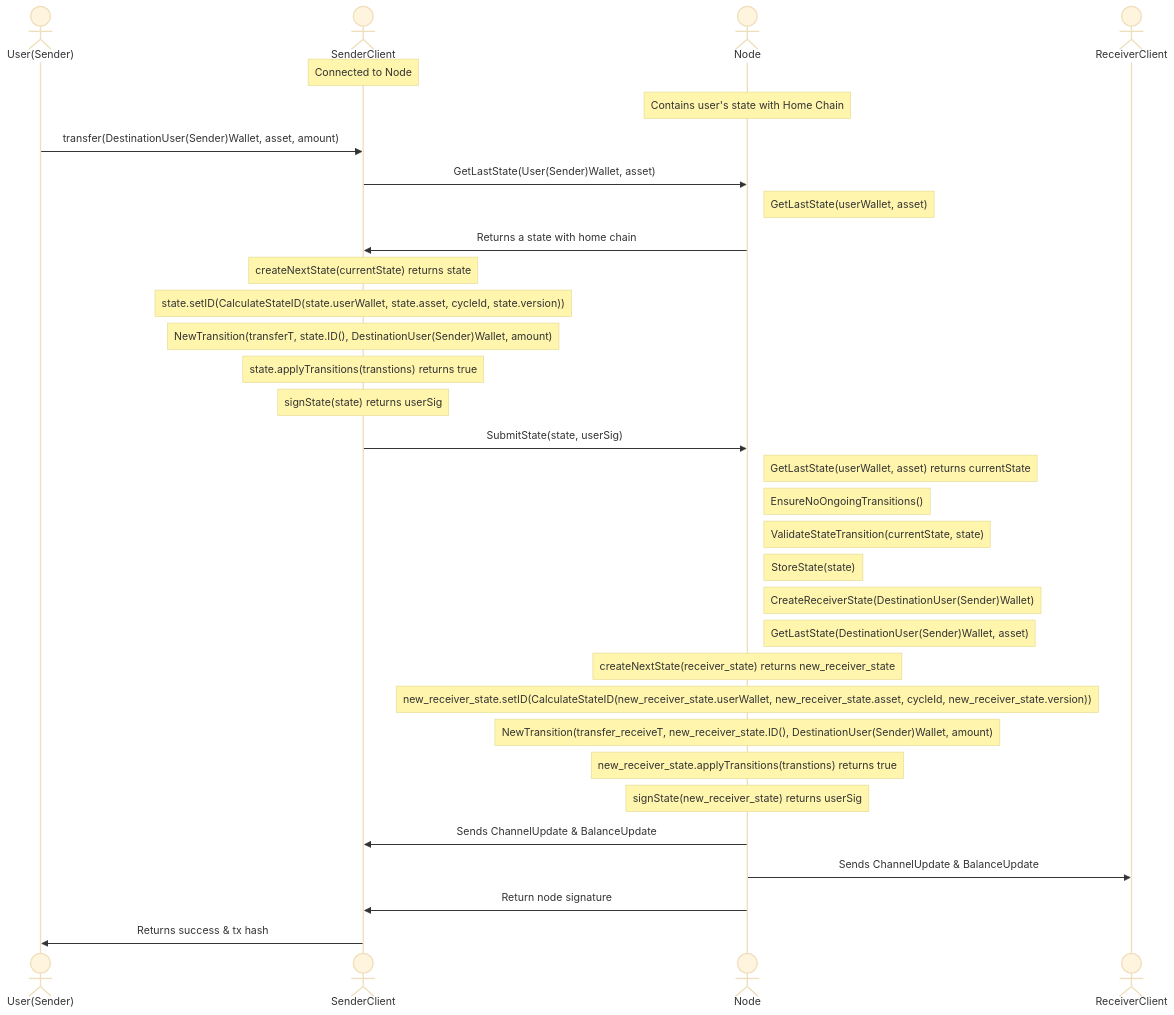
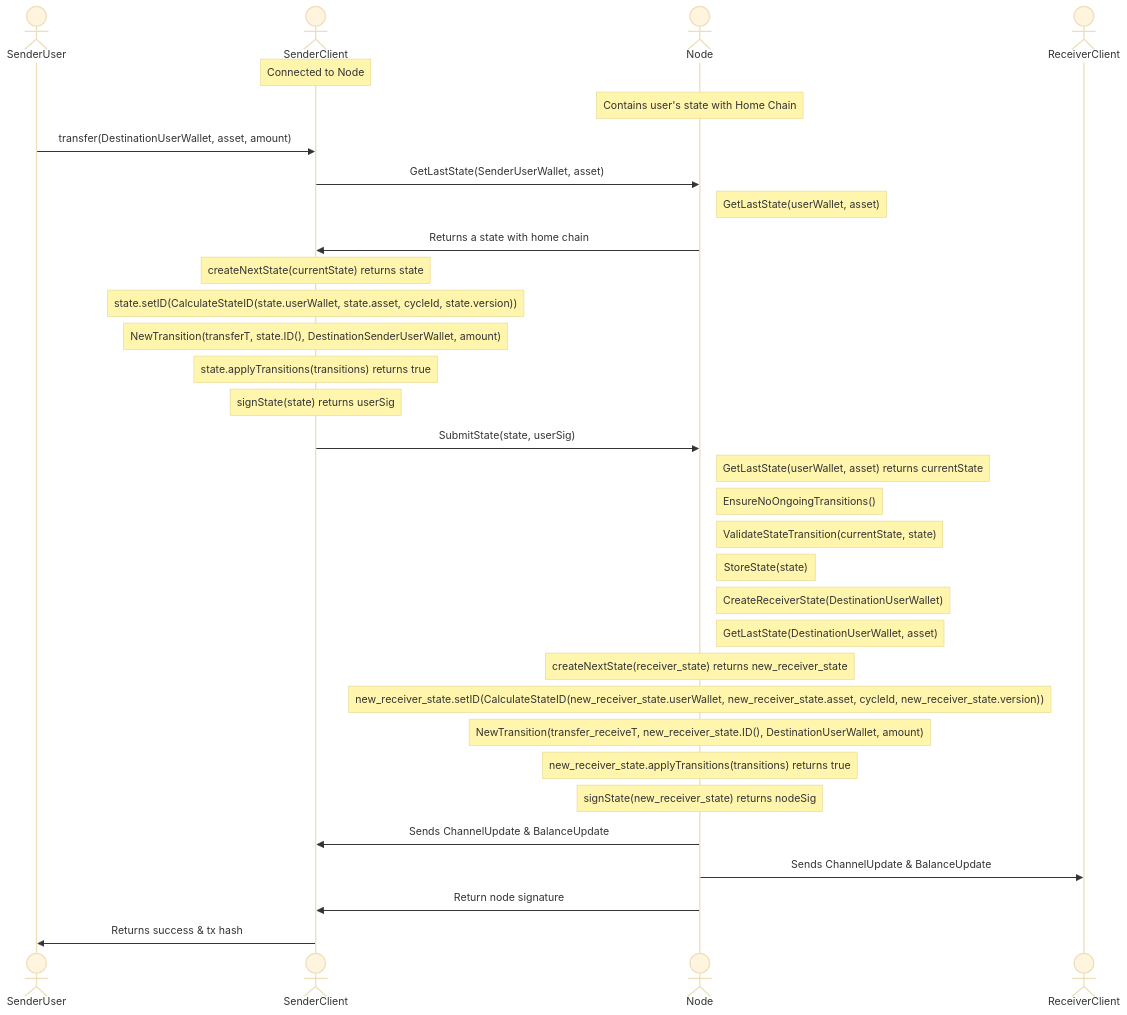
The diagram in docs/v1/communication_flows/transfer.mmd (erc7824/nitrolite), drawn with Mermaid (base theme) before and after one commit. The commit also changed 10 other files, not shown here.

```diff
--- a/docs/v1/communication_flows/transfer.mmd
+++ b/docs/v1/communication_flows/transfer.mmd
@@ -1,41 +1,41 @@
 sequenceDiagram
-        actor User(Sender)
+        actor SenderUser
         actor SenderClient
         actor Node
         actor ReceiverClient
         
         Note over SenderClient: Connected to Node
         Note over Node: Contains user's state with Home Chain 
 
-        User(Sender)->>SenderClient: transfer(DestinationUser(Sender)Wallet, asset, amount)
-        SenderClient->>Node: GetLastState(User(Sender)Wallet, asset)
+        SenderUser->>SenderClient: transfer(DestinationUserWallet, asset, amount)
+        SenderClient->>Node: GetLastState(SenderUserWallet, asset)
         Note right of Node: GetLastState(userWallet, asset)
         Node->>SenderClient: Returns a state with home chain
         %% Note over SenderClient: Check current state transitions
         Note over SenderClient: createNextState(currentState) returns state
         Note over SenderClient: state.setID(CalculateStateID(state.userWallet, state.asset, cycleId, state.version))
-        Note over SenderClient: NewTransition(transferT, state.ID(), DestinationUser(Sender)Wallet, amount)
-        Note over SenderClient: state.applyTransitions(transtions) returns true
+        Note over SenderClient: NewTransition(transferT, state.ID(), DestinationSenderUserWallet, amount)
+        Note over SenderClient: state.applyTransitions(transitions) returns true
         Note over SenderClient: signState(state) returns userSig
 
         SenderClient->>Node: SubmitState(state, userSig)
         Note right of Node: GetLastState(userWallet, asset) returns currentState
         Note right of Node: EnsureNoOngoingTransitions()
         Note right of Node: ValidateStateTransition(currentState, state)
         Note right of Node: StoreState(state)
         
-        Note right of Node: CreateReceiverState(DestinationUser(Sender)Wallet)
-        Note right of Node: GetLastState(DestinationUser(Sender)Wallet, asset)
+        Note right of Node: CreateReceiverState(DestinationUserWallet)
+        Note right of Node: GetLastState(DestinationUserWallet, asset)
         %% Note over SenderClient: Check current state transitions
         Note over Node: createNextState(receiver_state) returns new_receiver_state
         Note over Node: new_receiver_state.setID(CalculateStateID(new_receiver_state.userWallet, new_receiver_state.asset, cycleId, new_receiver_state.version))
-        Note over Node: NewTransition(transfer_receiveT, new_receiver_state.ID(), DestinationUser(Sender)Wallet, amount)
-        Note over Node: new_receiver_state.applyTransitions(transtions) returns true
-        Note over Node: signState(new_receiver_state) returns userSig
+        Note over Node: NewTransition(transfer_receiveT, new_receiver_state.ID(), DestinationUserWallet, amount)
+        Note over Node: new_receiver_state.applyTransitions(transitions) returns true
+        Note over Node: signState(new_receiver_state) returns nodeSig
 
         Node->>SenderClient: Sends ChannelUpdate & BalanceUpdate
         Node->>ReceiverClient: Sends ChannelUpdate & BalanceUpdate
 
         Node->>SenderClient: Return node signature
 
-        SenderClient->>User(Sender): Returns success & tx hash
+        SenderClient->>SenderUser: Returns success & tx hash
```
